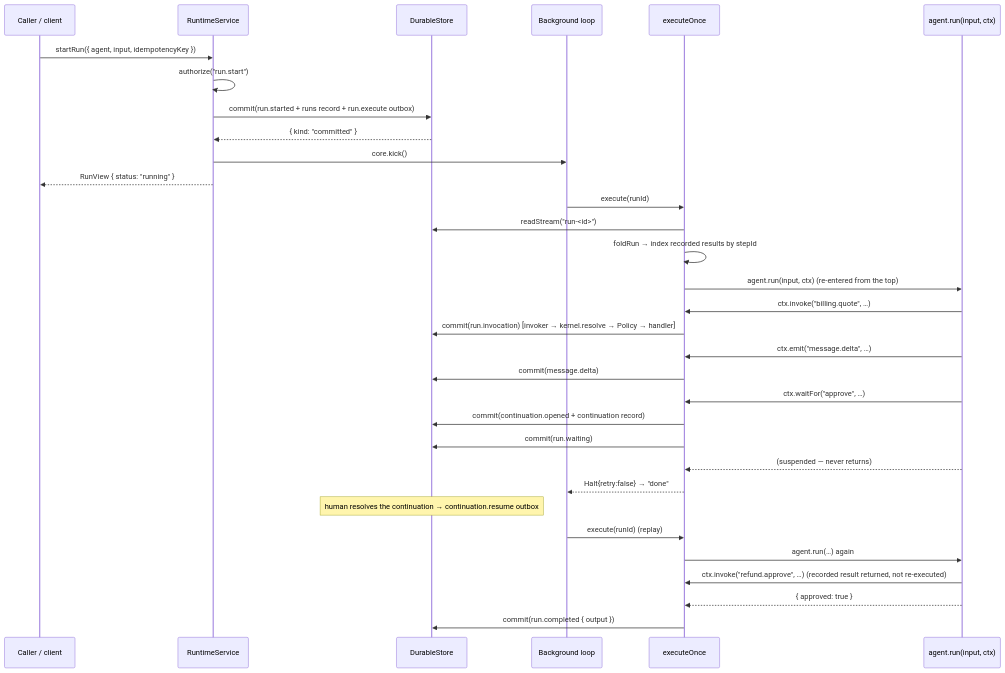
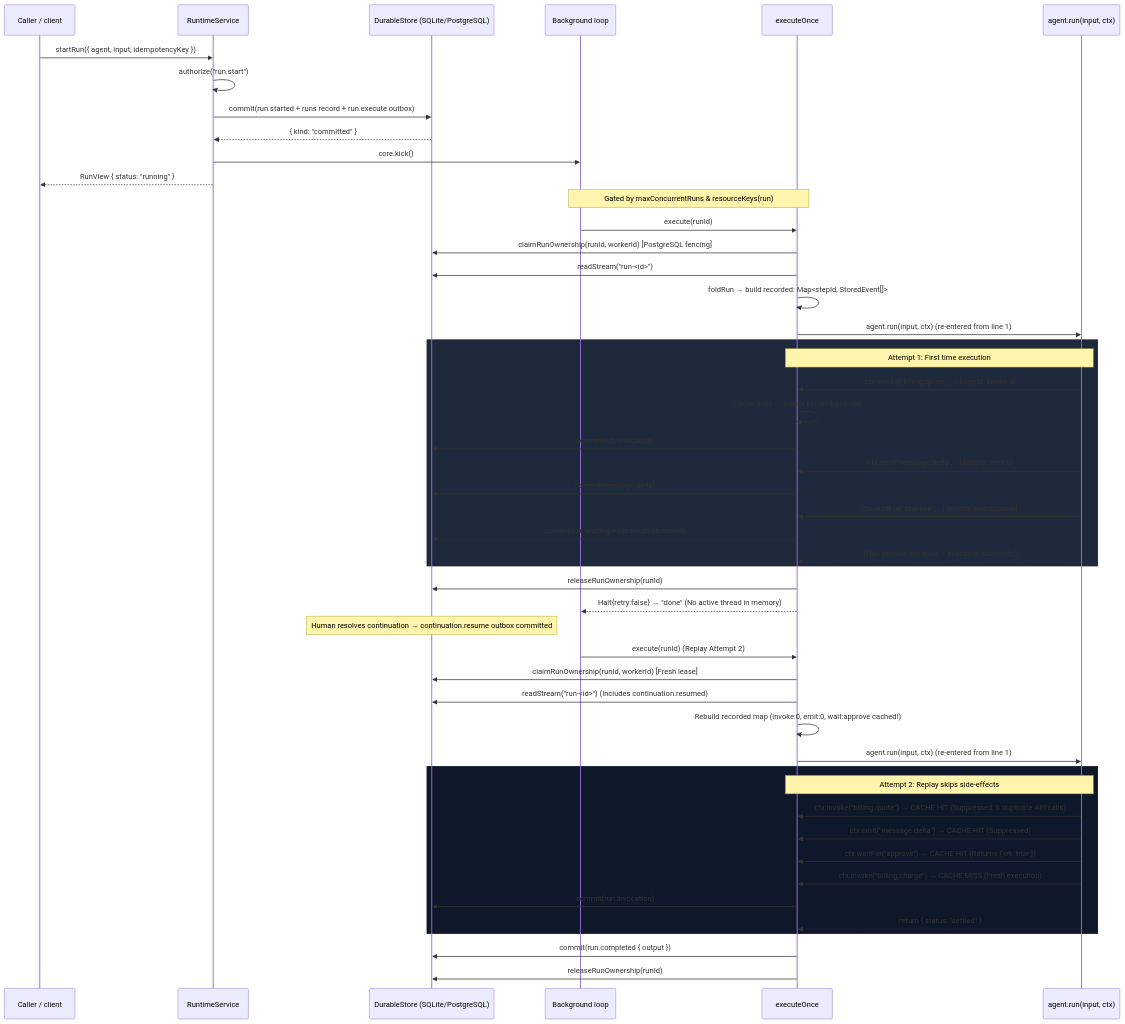
The diagram in docs/workflows/run-execution.md (GodSpeedAI/Cognate), drawn with Mermaid before and after one commit. The commit also changed other lines of this file and 12 other files, not shown here.

First line of the commit message:
docs(explainers): add standalone visual models for replay, planes, and fencing

````diff
--- a/docs/workflows/run-execution.md
+++ b/docs/workflows/run-execution.md
@@ -107,37 +109,56 @@
 ```mermaid
 sequenceDiagram
     participant C as Caller / client
     participant S as RuntimeService
-    participant D as DurableStore
+    participant D as DurableStore (SQLite/PostgreSQL)
     participant L as Background loop
     participant E as executeOnce
     participant A as agent.run(input, ctx)
 
     C->>S: startRun({ agent, input, idempotencyKey })
     S->>S: authorize("run.start")
     S->>D: commit(run.started + runs record + run.execute outbox)
     D-->>S: { kind: "committed" }
     S->>L: core.kick()
     S-->>C: RunView { status: "running" }
 
+    Note over L,E: Gated by maxConcurrentRuns & resourceKeys(run)
     L->>E: execute(runId)
+    E->>D: claimRunOwnership(runId, workerId) [PostgreSQL fencing]
     E->>D: readStream("run-<id>")
-    E->>E: foldRun → index recorded results by stepId
-    E->>A: agent.run(input, ctx)  (re-entered from the top)
-    A->>E: ctx.invoke("billing.quote", …)
-    E->>D: commit(run.invocation)  [invoker → kernel.resolve → Policy → handler]
-    A->>E: ctx.emit("message.delta", …)
-    E->>D: commit(message.delta)
-    A->>E: ctx.waitFor("approve", …)
-    E->>D: commit(continuation.opened + continuation record)
-    E->>D: commit(run.waiting)
-    A-->>E: (suspended — never returns)
-    E-->>L: Halt{retry:false} → "done"
+    E->>E: foldRun → build recorded: Map<stepId, StoredEvent[]>
+    E->>A: agent.run(input, ctx)  (re-entered from line 1)
+    
+    rect rgb(30, 41, 59)
+        Note over A,E: Attempt 1: First time execution
+        A->>E: ctx.invoke("billing.quote", …) [stepId: invoke:0]
+        E->>E: Cache miss → invoke kernel & provider
+        E->>D: commit(run.invocation)
+        A->>E: ctx.emit("message.delta", …) [stepId: emit:0]
+        E->>D: commit(message.delta)
+        A->>E: ctx.waitFor("approve", …) [stepId: wait:approve]
+        E->>D: commit(run.waiting + continuation record)
+        A-->>E: (Halt sentinel escaped — execution suspends)
+    end
+    E->>D: releaseRunOwnership(runId)
+    E-->>L: Halt{retry:false} → "done" (No active thread in memory)
 
-    Note over D: human resolves the continuation → continuation.resume outbox
-    L->>E: execute(runId)  (replay)
-    E->>A: agent.run(…) again
-    A->>E: ctx.invoke("refund.approve", …)  (recorded result returned, not re-executed)
-    A-->>E: { approved: true }
+    Note over D: Human resolves continuation → continuation.resume outbox committed
+    L->>E: execute(runId)  (Replay Attempt 2)
+    E->>D: claimRunOwnership(runId, workerId) [Fresh lease]
+    E->>D: readStream("run-<id>") (Includes continuation.resumed)
+    E->>E: Rebuild recorded map (invoke:0, emit:0, wait:approve cached!)
+    E->>A: agent.run(input, ctx) (re-entered from line 1)
+    
+    rect rgb(15, 23, 42)
+        Note over A,E: Attempt 2: Replay skips side-effects
+        A->>E: ctx.invoke("billing.quote") → CACHE HIT (Suppressed, 0 duplicate API calls)
+        A->>E: ctx.emit("message.delta") → CACHE HIT (Suppressed)
+        A->>E: ctx.waitFor("approve") → CACHE HIT (Returns { ok: true })
+        A->>E: ctx.invoke("billing.charge") → CACHE MISS (Fresh execution)
+        E->>D: commit(run.invocation)
+        A-->>E: return { status: "settled" }
+    end
     E->>D: commit(run.completed { output })
+    E->>D: releaseRunOwnership(runId)
 ```
````
